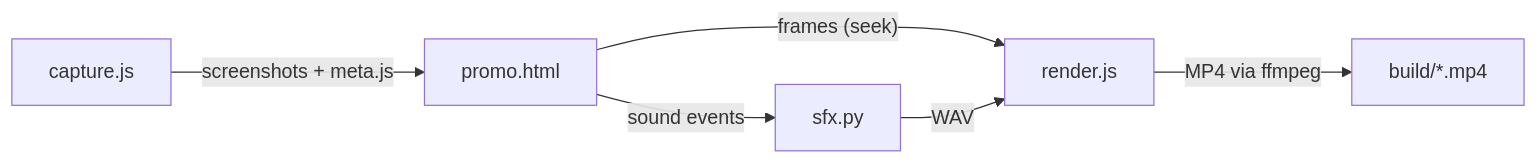
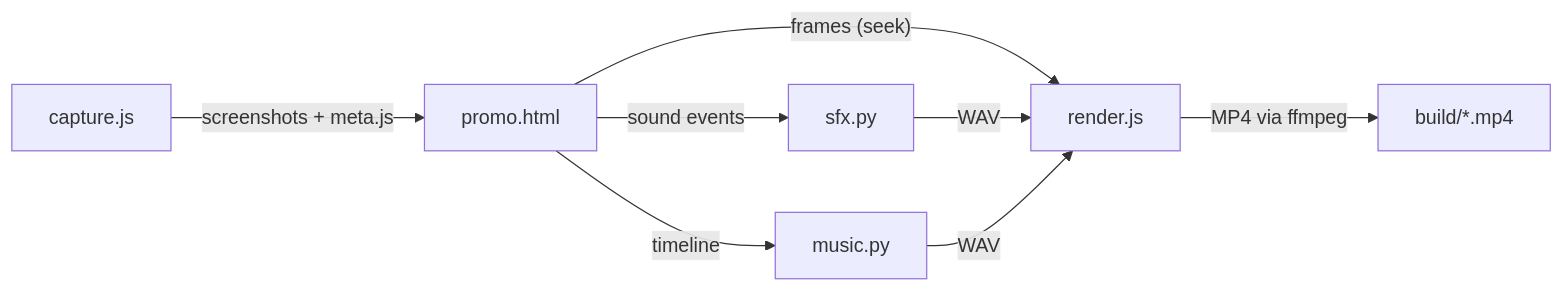
Before and after one commit to karsawave/lucky-seat: the diagram in docs/promo/README.md, drawn with Mermaid. The commit also changed other lines of this file and 2 other files, not shown here.

First line of the commit message:
docs(promo): add marimba background music to the videos

````diff
--- a/docs/promo/README.md
+++ b/docs/promo/README.md
@@ -15,8 +15,10 @@
 ```mermaid
 flowchart LR
   C["capture.js"] -->|"screenshots + meta.js"| P["promo.html"]
   P -->|"frames (seek)"| R["render.js"]
   P -->|"sound events"| S["sfx.py"]
+  P -->|"timeline"| MU["music.py"]
   S -->|"WAV"| R
+  MU -->|"WAV"| R
   R -->|"MP4 via ffmpeg"| O["build/*.mp4"]
 ```
````
